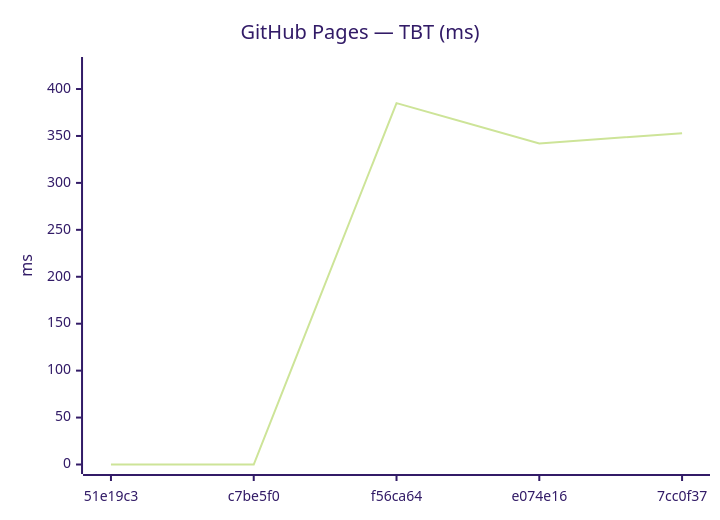
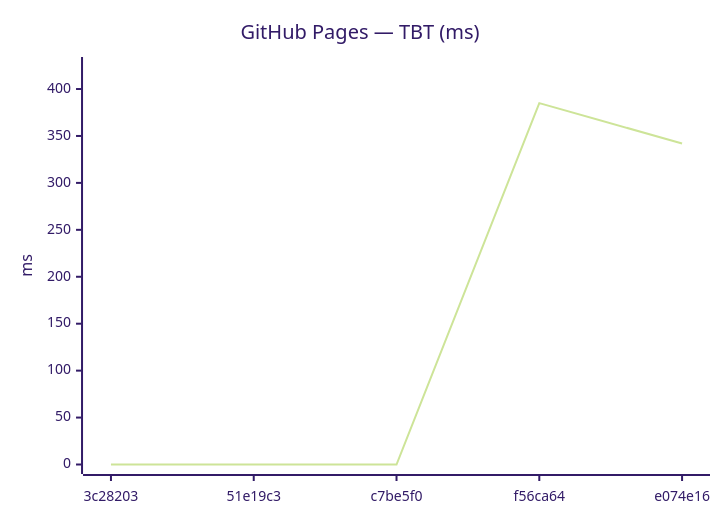
The tenth of 18 diagrams in benchmarks/compare.md (Metaheurist/Rianell), drawn with Mermaid (forest theme) before and after one commit. The commit also changed other lines of this file and 11 other files, not shown here.

````diff
--- a/benchmarks/compare.md
+++ b/benchmarks/compare.md
@@ -149,7 +149,7 @@
 ```mermaid
 xychart-beta
     title "GitHub Pages — TBT (ms)"
-    x-axis ["51e19c3", "c7be5f0", "f56ca64", "e074e16", "7cc0f37"]
+    x-axis ["3c28203", "51e19c3", "c7be5f0", "f56ca64", "e074e16"]
     y-axis "ms" 0 --> 424
-    line [0, 0, 385, 342, 353]
+    line [0, 0, 0, 385, 342]
 ```
````
